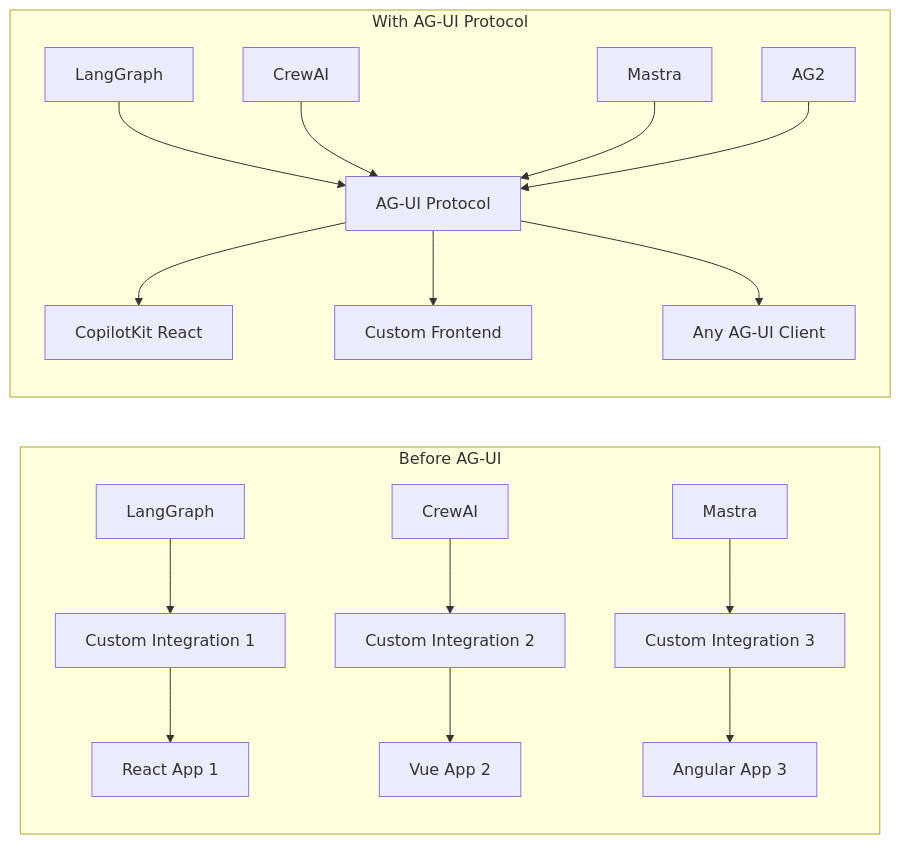
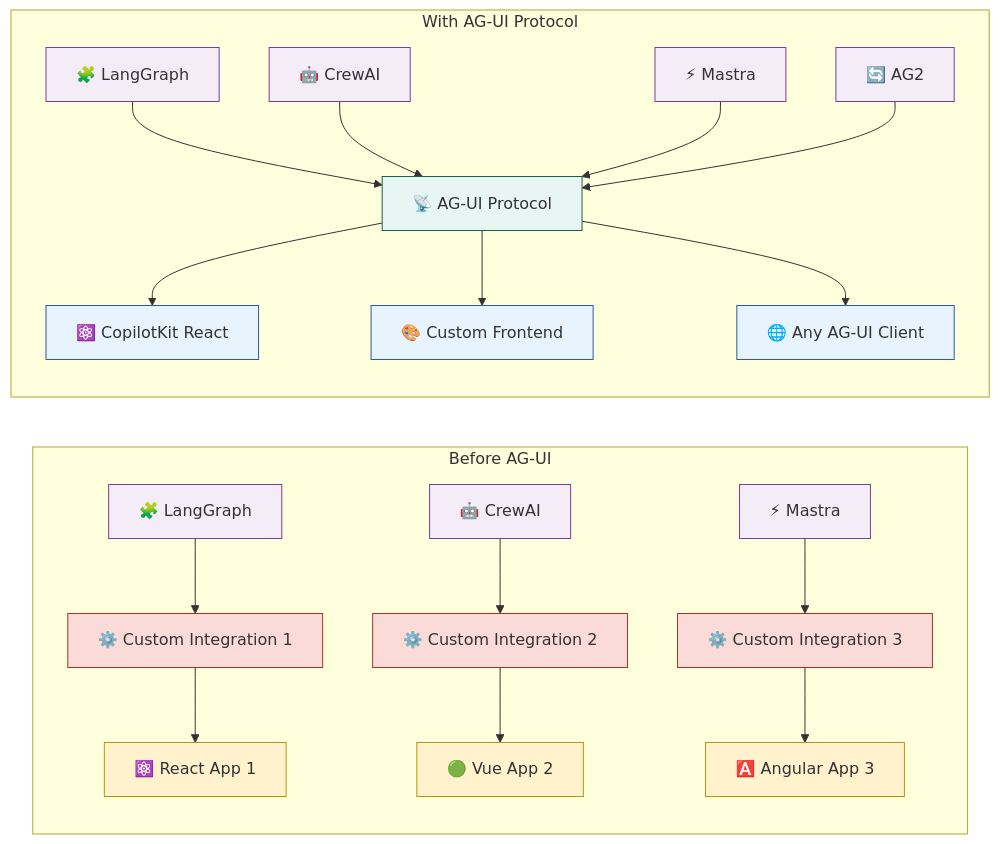
The third of 9 diagrams in 33_ag_ui.md (raphaelmansuy/tutorials), drawn with Mermaid before and after one commit. The commit also changed other lines of this file, not shown here.

Commit message:
Enhance AG-UI tutorial with improved Mermaid diagrams, adding icons and styles for better visualization and clarity in integration challenges and protocol comparisons.

````diff
--- a/33_ag_ui.md
+++ b/33_ag_ui.md
@@ -177,23 +198,41 @@
 ```mermaid
 flowchart LR
     subgraph "Before AG-UI"
-        A1[LangGraph] --> B1[Custom Integration 1]
-        A2[CrewAI] --> B2[Custom Integration 2]
-        A3[Mastra] --> B3[Custom Integration 3]
+        A1[🧩 LangGraph] --> B1[⚙️ Custom Integration 1]
+        A2[🤖 CrewAI] --> B2[⚙️ Custom Integration 2]
+        A3[⚡ Mastra] --> B3[⚙️ Custom Integration 3]
         
-        B1 --> C1[React App 1]
-        B2 --> C2[Vue App 2]
-        B3 --> C3[Angular App 3]
+        B1 --> C1[⚛️ React App 1]
+        B2 --> C2[🟢 Vue App 2]
+        B3 --> C3[🅰️ Angular App 3]
     end
     
     subgraph "With AG-UI Protocol"
-        D1[LangGraph] --> E[AG-UI Protocol]
-        D2[CrewAI] --> E
-        D3[Mastra] --> E
-        D4[AG2] --> E
+        D1[🧩 LangGraph] --> E[📡 AG-UI Protocol]
+        D2[🤖 CrewAI] --> E
+        D3[⚡ Mastra] --> E
+        D4[🔄 AG2] --> E
         
-        E --> F1[CopilotKit React]
-        E --> F2[Custom Frontend]
-        E --> F3[Any AG-UI Client]
+        E --> F1[⚛️ CopilotKit React]
+        E --> F2[🎨 Custom Frontend]
+        E --> F3[🌐 Any AG-UI Client]
     end
+
+    style A1 fill:#F4ECF7,stroke:#7D3C98
+    style A2 fill:#F4ECF7,stroke:#7D3C98
+    style A3 fill:#F4ECF7,stroke:#7D3C98
+    style B1 fill:#FADBD8,stroke:#A93226
+    style B2 fill:#FADBD8,stroke:#A93226
+    style B3 fill:#FADBD8,stroke:#A93226
+    style C1 fill:#FFF2CC,stroke:#B7950B
+    style C2 fill:#FFF2CC,stroke:#B7950B
+    style C3 fill:#FFF2CC,stroke:#B7950B
+    style D1 fill:#F4ECF7,stroke:#7D3C98
+    style D2 fill:#F4ECF7,stroke:#7D3C98
+    style D3 fill:#F4ECF7,stroke:#7D3C98
+    style D4 fill:#F4ECF7,stroke:#7D3C98
+    style E fill:#E8F6F3,stroke:#1B5E4F
+    style F1 fill:#E8F4FD,stroke:#2C5AA0
+    style F2 fill:#E8F4FD,stroke:#2C5AA0
+    style F3 fill:#E8F4FD,stroke:#2C5AA0
 ```
````
